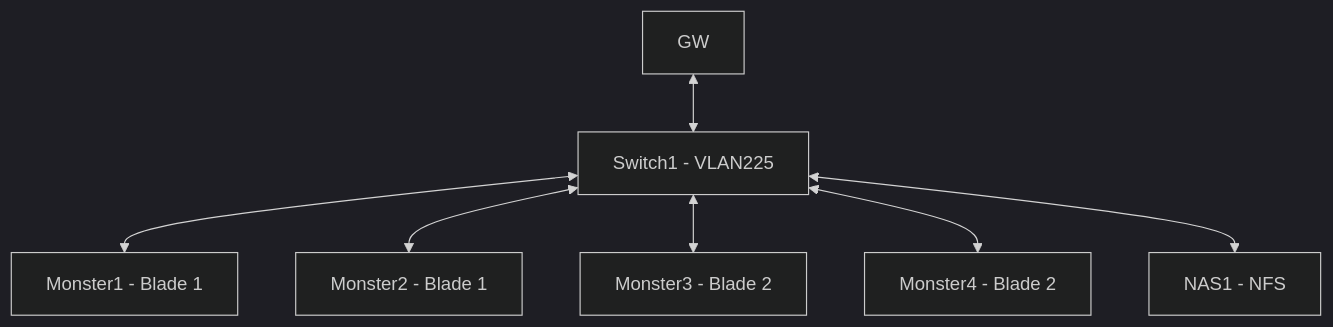
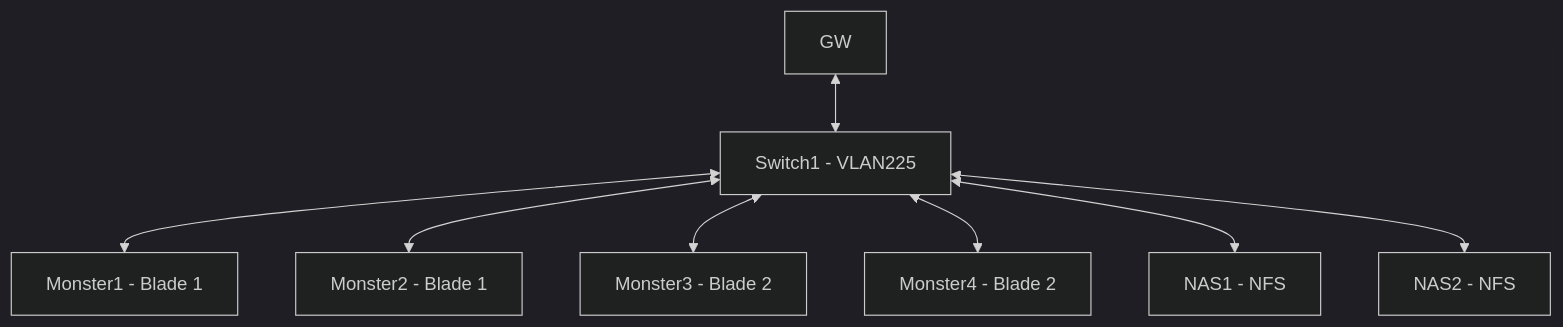
One commit to leigh-hackspace/HackspaceWiki changed the first of 2 diagrams in docs/infrastructure/devices/proxmox/index.md. Above: the diagram before and after it, drawn with Mermaid (dark theme). The commit also changed other lines of this file, not shown here.

````diff
--- a/docs/infrastructure/devices/proxmox/index.md
+++ b/docs/infrastructure/devices/proxmox/index.md
@@ -19,17 +19,19 @@
 ```mermaid
 graph 
     SWITCH1[Switch1 - VLAN225]
     GW[GW]
     MON1[Monster1 - Blade 1]
     MON2[Monster2 - Blade 1]
     MON3[Monster3 - Blade 2]
     MON4[Monster4 - Blade 2]
-    NAS[NAS1 - NFS]
+    NAS1[NAS1 - NFS]
+    NAS2[NAS2 - NFS]
 
     GW <--> SWITCH1
     SWITCH1 <--> MON1
     SWITCH1 <--> MON2
     SWITCH1 <--> MON3
     SWITCH1 <--> MON4
-    SWITCH1 <--> NAS
+    SWITCH1 <--> NAS1
+    SWITCH1 <--> NAS2
 ```
````
